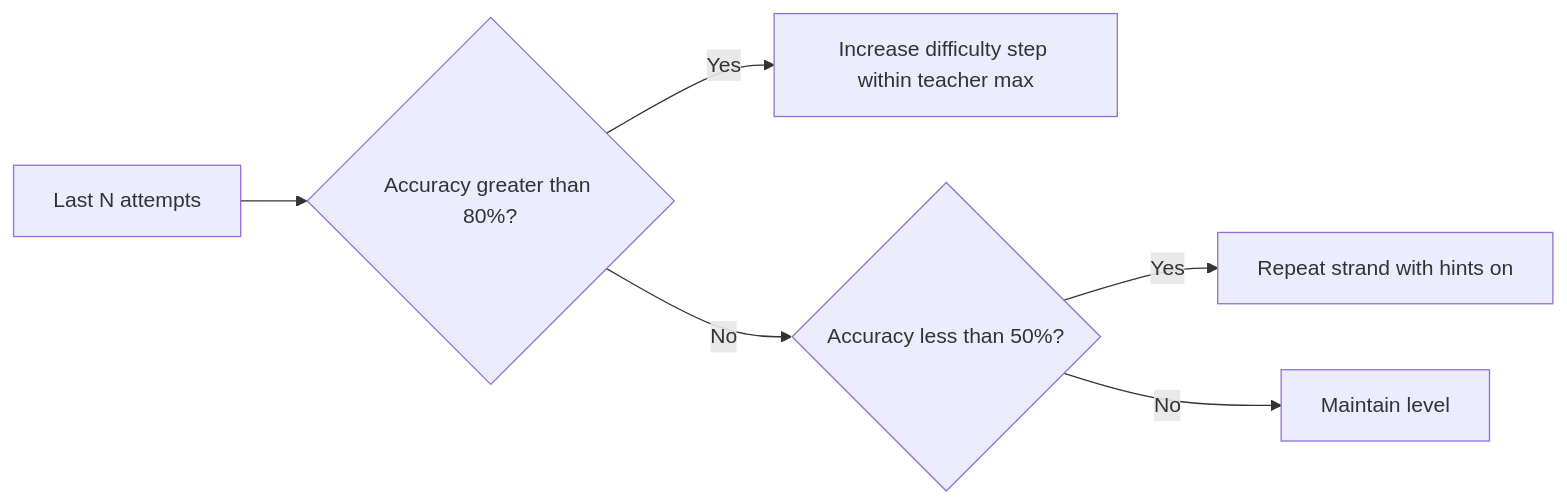
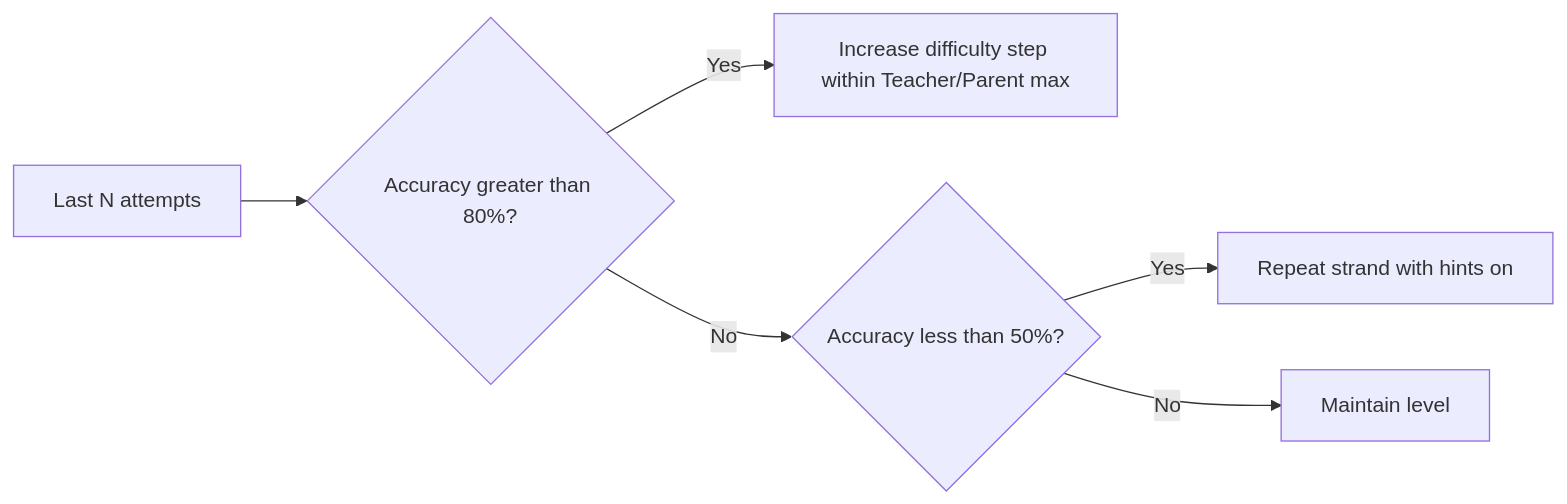
The fourth of 8 diagrams in design.md (makhosi6/ikamva_lam), drawn with Mermaid before and after one commit. The commit also changed other lines of this file and 8 other files, not shown here.

Commit message:
refactor: update terminology to include Teacher/Parent

````diff
--- a/design.md
+++ b/design.md
@@ -78,8 +78,8 @@
 ```mermaid
 flowchart LR
   A[Last N attempts] --> B{Accuracy greater than 80%?}
-  B -->|Yes| C[Increase difficulty step within teacher max]
+  B -->|Yes| C[Increase difficulty step within Teacher/Parent max]
   B -->|No| D{Accuracy less than 50%?}
   D -->|Yes| E[Repeat strand with hints on]
   D -->|No| F[Maintain level]
 ```
````
